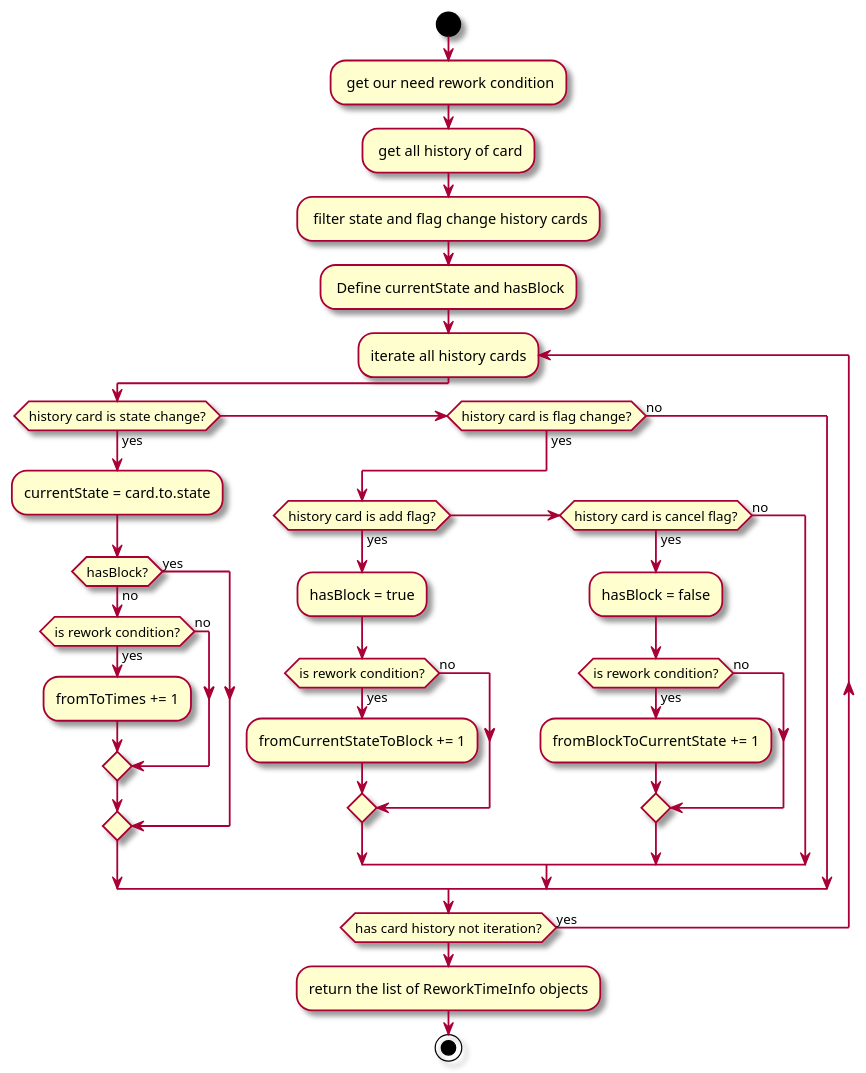
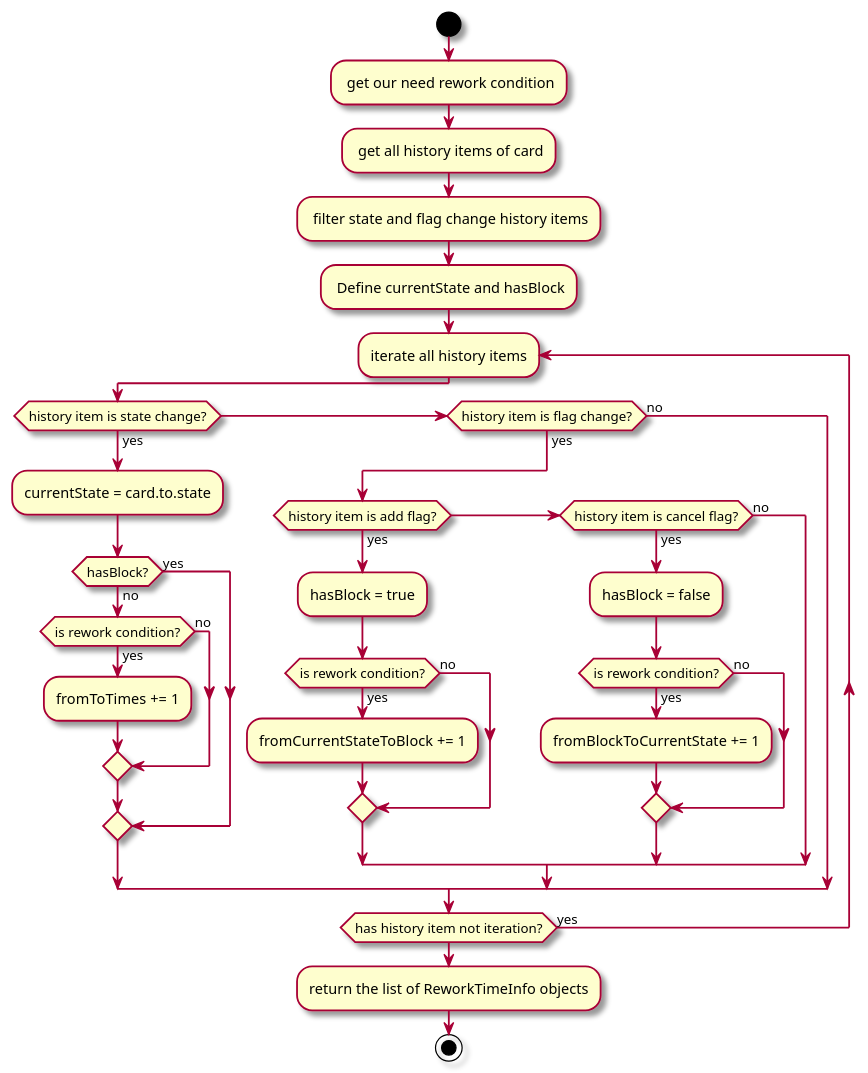
Before and after one commit to au-heartbeat/Heartbeat: the second of 2 diagrams in docs/src/content/docs/en/spikes/tech-spikes-calculate-rework-of-board-card.mdx, drawn with PlantUML. The commit also changed other lines of this file, not shown here.

Commit message:
ADM-697:[docx] docx: fix some words

````diff
--- a/docs/src/content/docs/en/spikes/tech-spikes-calculate-rework-of-board-card.mdx
+++ b/docs/src/content/docs/en/spikes/tech-spikes-calculate-rework-of-board-card.mdx
@@ -110,41 +110,41 @@
 ```plantuml
 @startuml Way of Code Working
 skin rose
 start
 
 : get our need rework condition;
-: get all history of card;
-: filter state and flag change history cards;
+: get all history items of card;
+: filter state and flag change history items;
 : Define currentState and hasBlock;
-repeat :iterate all history cards;
-  if (history card is state change?) then (yes)
+repeat :iterate all history items;
+  if (history item is state change?) then (yes)
     :currentState = card.to.state;
     if (hasBlock?) then (no)
       if (is rework condition?) then (yes)
         :fromToTimes += 1;
       else (no)
       endif
     else(yes)
     endif
-  elseif (history card is flag change?) then (yes)
-    if (history card is add flag?) then (yes)
+  elseif (history item is flag change?) then (yes)
+    if (history item is add flag?) then (yes)
       :hasBlock = true;
       if (is rework condition?) then (yes)
         :fromCurrentStateToBlock += 1;
       else(no)
       endif
-    elseif (history card is cancel flag?) then (yes)
+    elseif (history item is cancel flag?) then (yes)
       :hasBlock = false;
       if (is rework condition?) then (yes)
         :fromBlockToCurrentState += 1;
       else(no)
       endif
     else(no)
     endif
   else(no)
   endif
-repeat while (has card history not iteration?) is (yes)
+repeat while (has history item not iteration?) is (yes)
 :return the list of ReworkTimeInfo objects;
 stop
 @enduml
 ```
````
